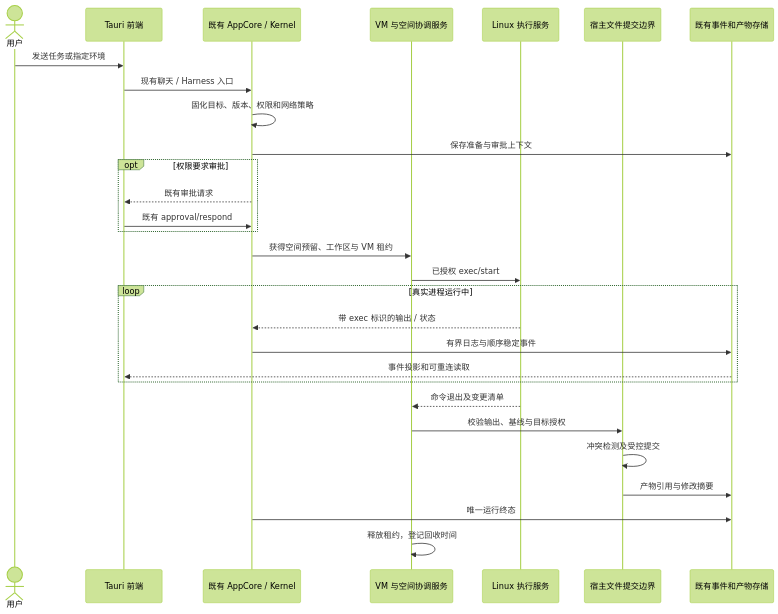
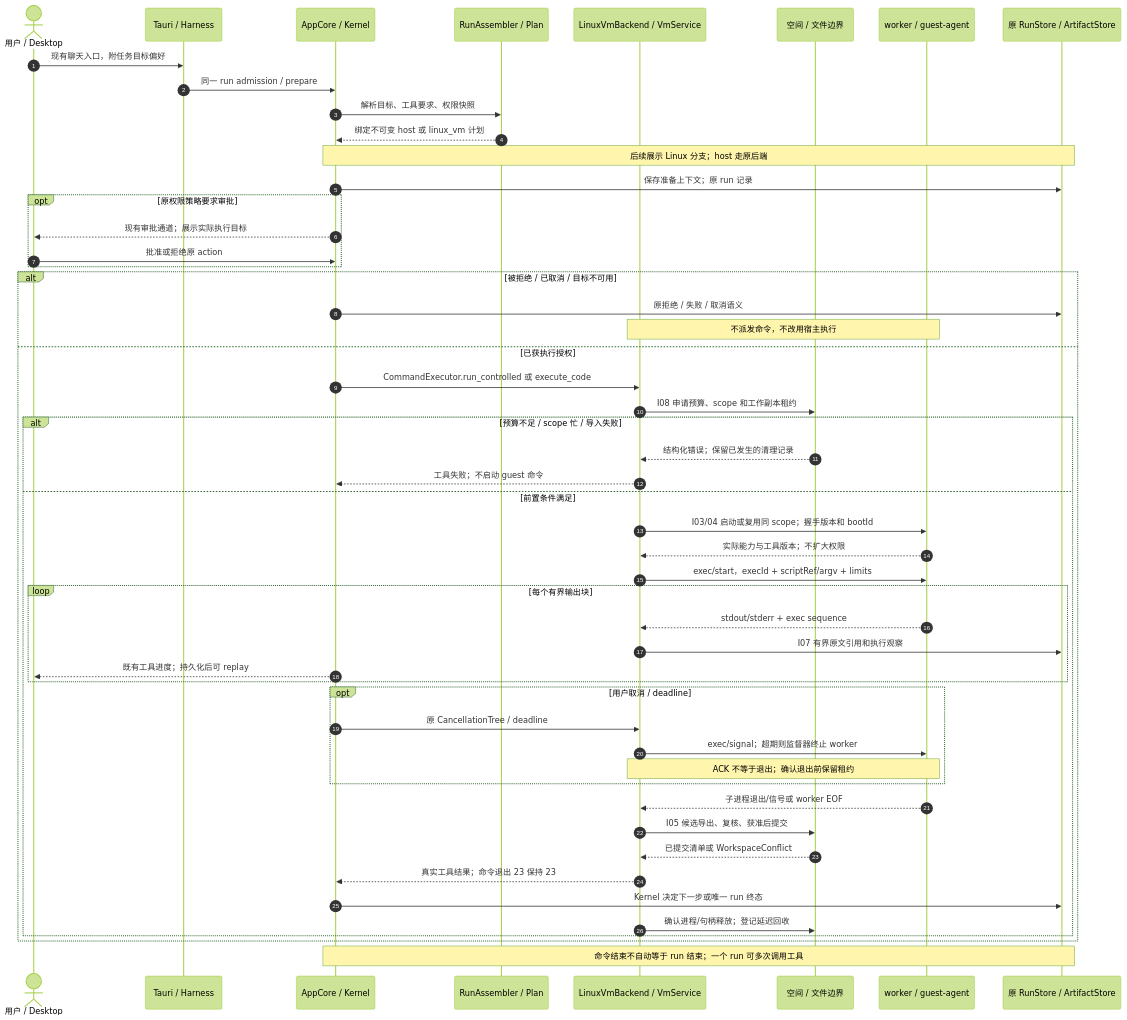
Before and after one commit to eighteendreamer/DeepAgent-Studio: the diagram in docs/diagrams/linux-vm/execution.mmd, drawn with Mermaid (forest theme). The commit also changed 21 other files, not shown here.

Commit message:
【docs】细化Linux升级架构图与文件级实施蓝图

```diff
--- a/docs/diagrams/linux-vm/execution.mmd
+++ b/docs/diagrams/linux-vm/execution.mmd
@@ -1,29 +1,52 @@
 sequenceDiagram
-  actor U as 用户
-  participant UI as Tauri 前端
-  participant K as 既有 AppCore / Kernel
-  participant S as VM 与空间协调服务
-  participant G as Linux 执行服务
-  participant F as 宿主文件提交边界
-  participant R as 既有事件和产物存储
-  U->>UI: 发送任务或指定环境
-  UI->>K: 现有聊天 / Harness 入口
-  K->>K: 固化目标、版本、权限和网络策略
-  K->>R: 保存准备与审批上下文
-  opt 权限要求审批
-    K-->>UI: 既有审批请求
-    UI->>K: 既有 approval/respond
+  autonumber
+  actor U as 用户 / Desktop
+  participant A as Tauri / Harness
+  participant K as AppCore / Kernel
+  participant P as RunAssembler / Plan
+  participant V as LinuxVmBackend / VmService
+  participant S as 空间 / 文件边界
+  participant G as worker / guest-agent
+  participant R as 原 RunStore / ArtifactStore
+  U->>A: 现有聊天入口，附任务目标偏好
+  A->>K: 同一 run admission / prepare
+  K->>P: 解析目标、工具要求、权限快照
+  P-->>K: 绑定不可变 host 或 linux_vm 计划
+  Note over K,R: 后续展示 Linux 分支；host 走原后端
+  K->>R: 保存准备上下文；原 run 记录
+  opt 原权限策略要求审批
+    K-->>U: 现有审批通道；展示实际执行目标
+    U->>K: 批准或拒绝原 action
   end
-  K->>S: 获得空间预留、工作区与 VM 租约
-  S->>G: 已授权 exec/start
-  loop 真实进程运行中
-    G-->>K: 带 exec 标识的输出 / 状态
-    K->>R: 有界日志与顺序稳定事件
-    R-->>UI: 事件投影和可重连读取
+  alt 被拒绝 / 已取消 / 目标不可用
+    K->>R: 原拒绝 / 失败 / 取消语义
+    Note over V,G: 不派发命令，不改用宿主执行
+  else 已获执行授权
+    K->>V: CommandExecutor.run_controlled 或 execute_code
+    V->>S: I08 申请预算、scope 和工作副本租约
+    alt 预算不足 / scope 忙 / 导入失败
+      S-->>V: 结构化错误；保留已发生的清理记录
+      V-->>K: 工具失败；不启动 guest 命令
+    else 前置条件满足
+      V->>G: I03/04 启动或复用同 scope；握手版本和 bootId
+      G-->>V: 实际能力与工具版本；不扩大权限
+      V->>G: exec/start，execId + scriptRef/argv + limits
+      loop 每个有界输出块
+        G-->>V: stdout/stderr + exec sequence
+        V->>R: I07 有界原文引用和执行观察
+        K-->>U: 既有工具进度；持久化后可 replay
+      end
+      opt 用户取消 / deadline
+        K->>V: 原 CancellationTree / deadline
+        V->>G: exec/signal；超期则监督器终止 worker
+        Note over V,G: ACK 不等于退出；确认退出前保留租约
+      end
+      G-->>V: 子进程退出/信号或 worker EOF
+      V->>S: I05 候选导出、复核、获准后提交
+      S-->>V: 已提交清单或 WorkspaceConflict
+      V-->>K: 真实工具结果；命令退出 23 保持 23
+      K->>R: Kernel 决定下一步或唯一 run 终态
+      V->>S: 确认进程/句柄释放；登记延迟回收
+    end
   end
-  G-->>S: 命令退出及变更清单
-  S->>F: 校验输出、基线与目标授权
-  F->>F: 冲突检测及受控提交
-  F->>R: 产物引用与修改摘要
-  K->>R: 唯一运行终态
-  S->>S: 释放租约，登记回收时间
+  Note over K,R: 命令结束不自动等于 run 结束；一个 run 可多次调用工具
```
